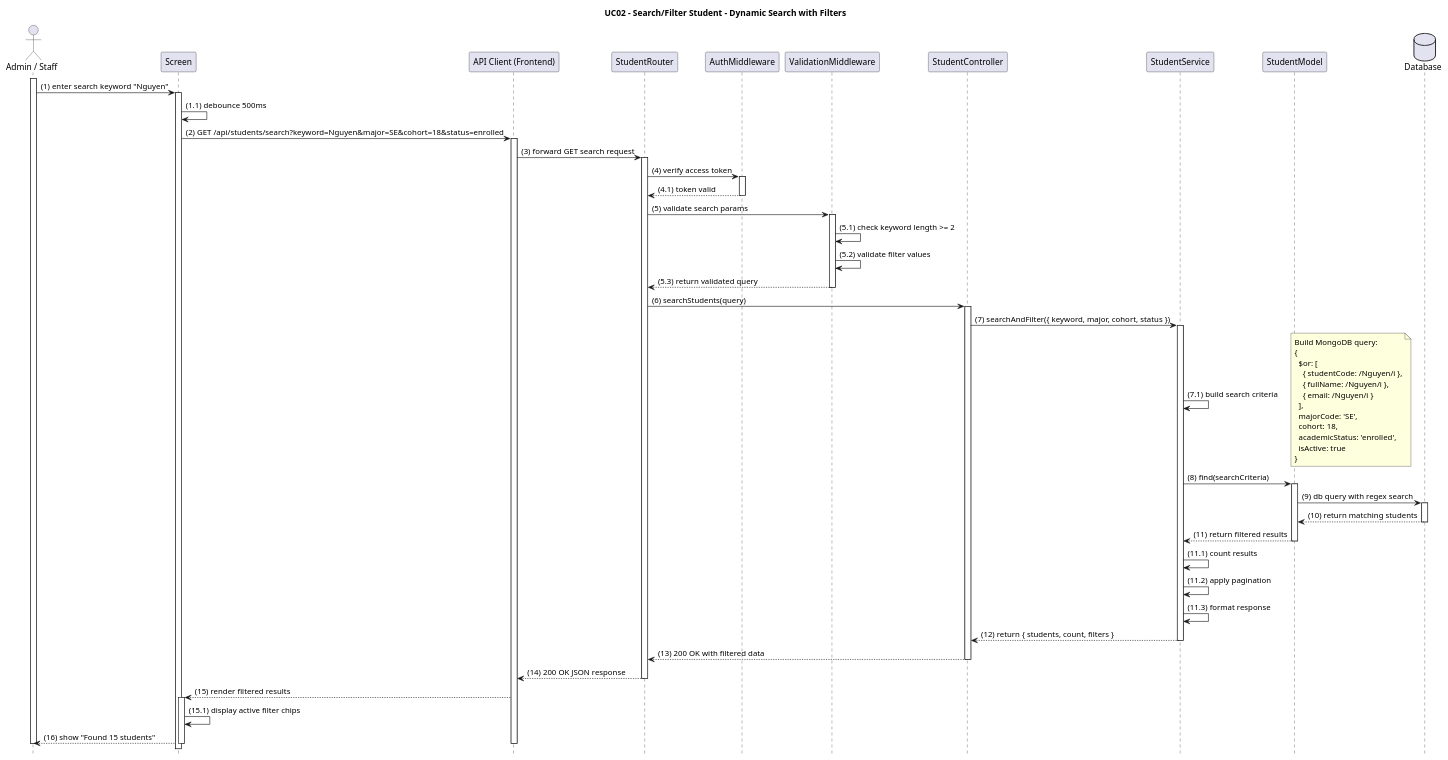
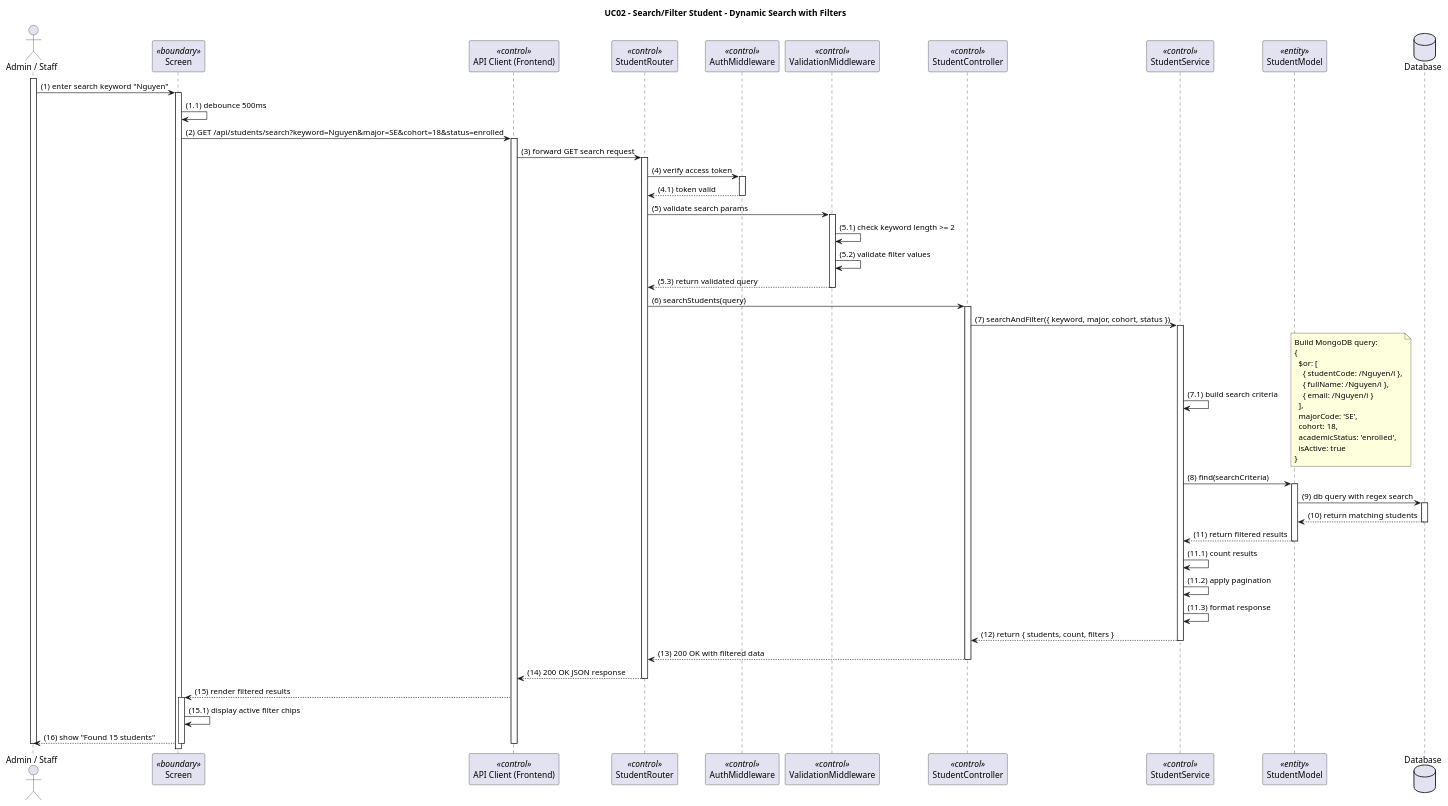
Before and after one commit to oanhntkce181400-poon/WDP391_SE1808_Group02_SSMS: the diagram in backend-api/diagrams/UC02_Search_Filter_Student.puml, drawn with PlantUML. The commit also changed 38 other files, not shown here.

Commit message:
feat: stabilize enrollment, lecturer, and schedule flows

```diff
--- a/backend-api/diagrams/UC02_Search_Filter_Student.puml
+++ b/backend-api/diagrams/UC02_Search_Filter_Student.puml
@@ -1,87 +1,86 @@
 @startuml
 title UC02 - Search/Filter Student - Dynamic Search with Filters
 
-hide footbox
-
-actor PrimaryActor as "Admin / Staff"
-participant Screen as "Screen"
-participant APIClient as "API Client (Frontend)"
-participant StudentRouter as "StudentRouter"
-participant AuthMiddleware as "AuthMiddleware"
-participant ValidationMiddleware as "ValidationMiddleware"
-participant StudentController as "StudentController"
-participant StudentService as "StudentService"
-participant StudentModel as "StudentModel"
-database DB as "Database"
-
+skinparam participantStyle rectangle
+skinparam shadowing false
+actor "Admin / Staff" as PrimaryActor
+participant "Screen" as Screen <<boundary>>
+participant "API Client (Frontend)" as APIClient <<control>>
+participant "StudentRouter" as StudentRouter <<control>>
+participant "AuthMiddleware" as AuthMiddleware <<control>>
+participant "ValidationMiddleware" as ValidationMiddleware <<control>>
+participant "StudentController" as StudentController <<control>>
+participant "StudentService" as StudentService <<control>>
+participant "StudentModel" as StudentModel <<entity>>
+database "Database" as DB
 activate PrimaryActor
 PrimaryActor -> Screen: (1) enter search keyword "Nguyen"
 activate Screen
 
 Screen -> Screen: (1.1) debounce 500ms
 Screen -> APIClient: (2) GET /api/students/search?keyword=Nguyen&major=SE&cohort=18&status=enrolled
 activate APIClient
 APIClient -> StudentRouter: (3) forward GET search request
 activate StudentRouter
 
 StudentRouter -> AuthMiddleware: (4) verify access token
 activate AuthMiddleware
 AuthMiddleware --> StudentRouter: (4.1) token valid
 deactivate AuthMiddleware
 
 StudentRouter -> ValidationMiddleware: (5) validate search params
 activate ValidationMiddleware
 ValidationMiddleware -> ValidationMiddleware: (5.1) check keyword length >= 2
 ValidationMiddleware -> ValidationMiddleware: (5.2) validate filter values
 ValidationMiddleware --> StudentRouter: (5.3) return validated query
 deactivate ValidationMiddleware
 
 StudentRouter -> StudentController: (6) searchStudents(query)
 activate StudentController
 StudentController -> StudentService: (7) searchAndFilter({ keyword, major, cohort, status })
 activate StudentService
 
 StudentService -> StudentService: (7.1) build search criteria
 note right
   Build MongoDB query:
   {
     $or: [
       { studentCode: /Nguyen/i },
       { fullName: /Nguyen/i },
       { email: /Nguyen/i }
     ],
     majorCode: 'SE',
     cohort: 18,
     academicStatus: 'enrolled',
     isActive: true
   }
 end note
 
 StudentService -> StudentModel: (8) find(searchCriteria)
 activate StudentModel
 StudentModel -> DB: (9) db query with regex search
 activate DB
 DB --> StudentModel: (10) return matching students
 deactivate DB
 StudentModel --> StudentService: (11) return filtered results
 deactivate StudentModel
 
 StudentService -> StudentService: (11.1) count results
 StudentService -> StudentService: (11.2) apply pagination
 StudentService -> StudentService: (11.3) format response
 StudentService --> StudentController: (12) return { students, count, filters }
 deactivate StudentService
 
 StudentController --> StudentRouter: (13) 200 OK with filtered data
 deactivate StudentController
 StudentRouter --> APIClient: (14) 200 OK JSON response
 deactivate StudentRouter
 APIClient --> Screen: (15) render filtered results
 activate Screen
 Screen -> Screen: (15.1) display active filter chips
 Screen --> PrimaryActor: (16) show "Found 15 students"
 deactivate Screen
 deactivate APIClient
 deactivate PrimaryActor
 
 @enduml
```
